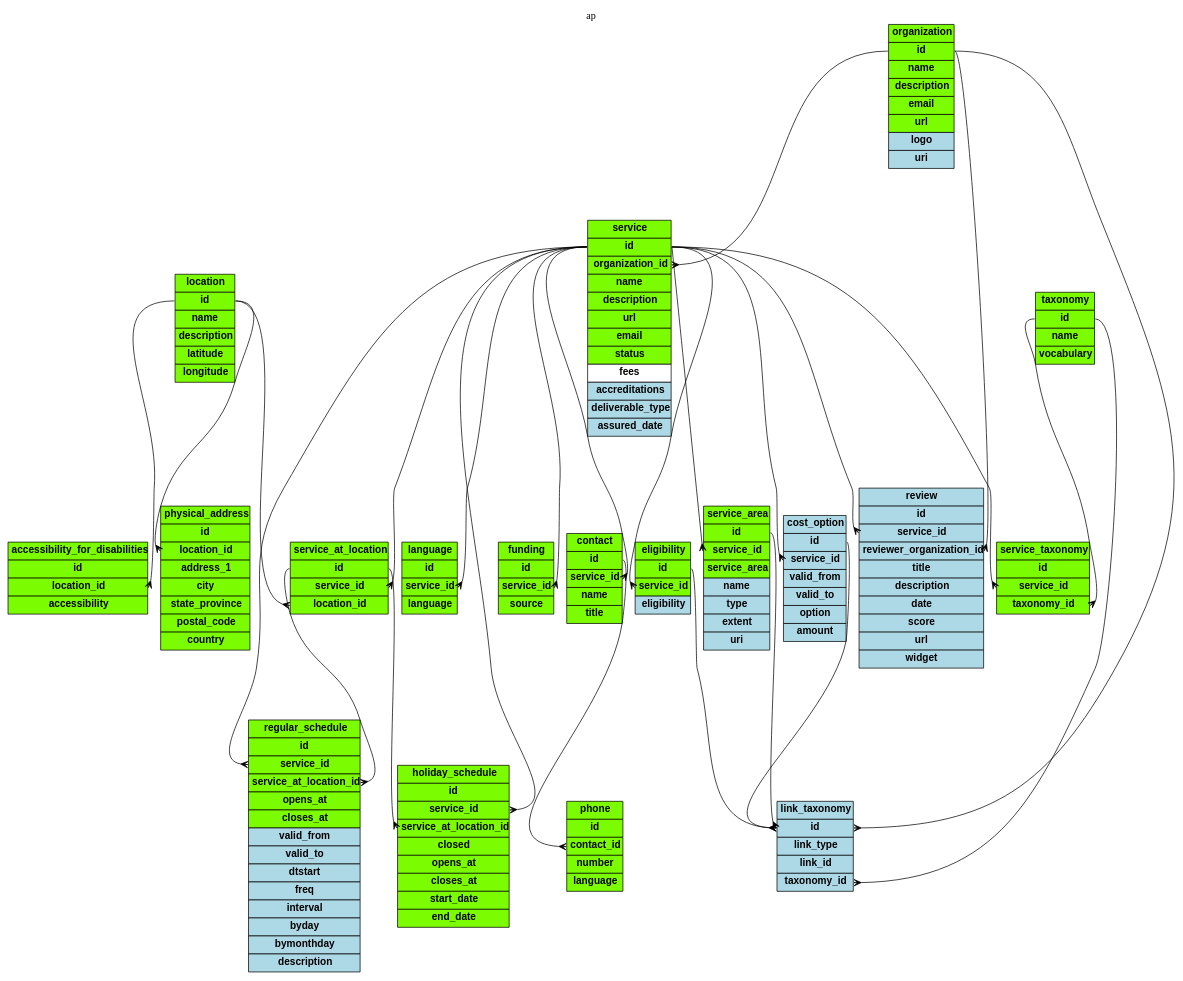
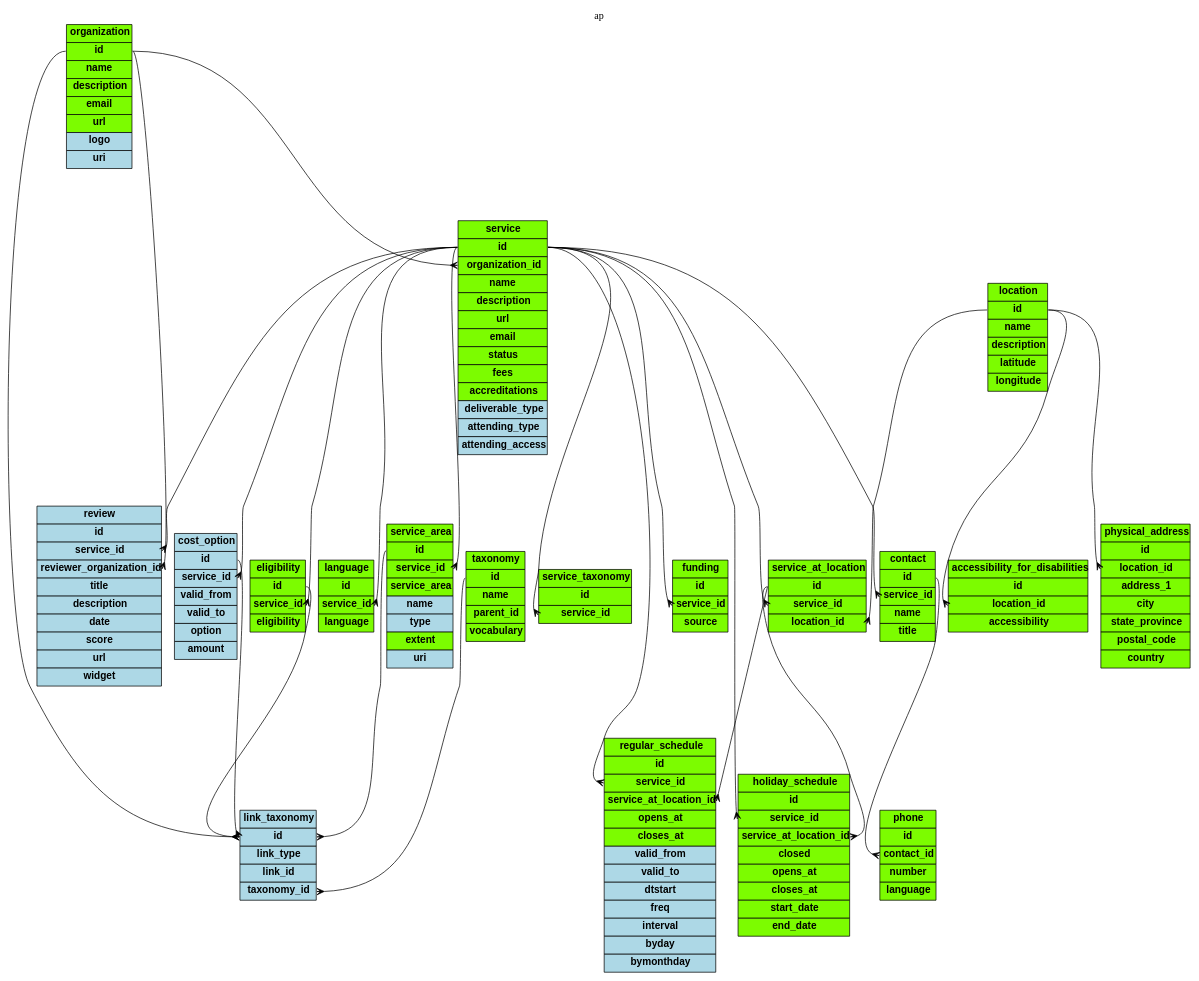
The diagram in Schemas/ap.gv (OpenReferralUK/human-services), drawn with Graphviz before and after one commit. The commit also changed 38 other files, not shown here.

```diff
--- a/Schemas/ap.gv
+++ b/Schemas/ap.gv
@@ -36,10 +36,11 @@
 <tr><td  bgcolor="lawngreen"><b>url</b></td></tr>
 <tr><td  bgcolor="lawngreen"><b>email</b></td></tr>
 <tr><td  bgcolor="lawngreen"><b>status</b></td></tr>
-<tr><td  bgcolor="white"><b>fees</b></td></tr>
-<tr><td  bgcolor="lightblue"><b>accreditations</b></td></tr>
+<tr><td  bgcolor="lawngreen"><b>fees</b></td></tr>
+<tr><td  bgcolor="lawngreen"><b>accreditations</b></td></tr>
 <tr><td  bgcolor="lightblue"><b>deliverable_type</b></td></tr>
-<tr><td  bgcolor="lightblue"><b>assured_date</b></td></tr>
+<tr><td  bgcolor="lightblue"><b>attending_type</b></td></tr>
+<tr><td  bgcolor="lightblue"><b>attending_access</b></td></tr>
 </table>
 >]
 
@@ -51,12 +52,10 @@
 <tr><td bgcolor="lawngreen"><b>service_taxonomy</b></td></tr>
 <tr><td port='id'  bgcolor="lawngreen"><b>id</b></td></tr>
 <tr><td port='service_id'  bgcolor="lawngreen"><b>service_id</b></td></tr>
-<tr><td port='taxonomy_id'  bgcolor="lawngreen"><b>taxonomy_id</b></td></tr>
 </table>
 >]
 
 service:id -> service_taxonomy:service_id;
-taxonomy:id -> service_taxonomy:taxonomy_id;
 
 
 service_at_location [label=<
@@ -142,7 +141,6 @@
 <tr><td  bgcolor="lightblue"><b>interval</b></td></tr>
 <tr><td  bgcolor="lightblue"><b>byday</b></td></tr>
 <tr><td  bgcolor="lightblue"><b>bymonthday</b></td></tr>
-<tr><td  bgcolor="lightblue"><b>description</b></td></tr>
 </table>
 >]
 
@@ -185,7 +183,7 @@
 <tr><td bgcolor="lawngreen"><b>eligibility</b></td></tr>
 <tr><td port='id'  bgcolor="lawngreen"><b>id</b></td></tr>
 <tr><td port='service_id'  bgcolor="lawngreen"><b>service_id</b></td></tr>
-<tr><td  bgcolor="lightblue"><b>eligibility</b></td></tr>
+<tr><td  bgcolor="lawngreen"><b>eligibility</b></td></tr>
 </table>
 >]
 
@@ -200,7 +198,7 @@
 <tr><td  bgcolor="lawngreen"><b>service_area</b></td></tr>
 <tr><td  bgcolor="lightblue"><b>name</b></td></tr>
 <tr><td  bgcolor="lightblue"><b>type</b></td></tr>
-<tr><td  bgcolor="lightblue"><b>extent</b></td></tr>
+<tr><td  bgcolor="lawngreen"><b>extent</b></td></tr>
 <tr><td  bgcolor="lightblue"><b>uri</b></td></tr>
 </table>
 >]
@@ -237,6 +235,7 @@
 <tr><td bgcolor="lawngreen"><b>taxonomy</b></td></tr>
 <tr><td port='id'  bgcolor="lawngreen"><b>id</b></td></tr>
 <tr><td  bgcolor="lawngreen"><b>name</b></td></tr>
+<tr><td  bgcolor="lawngreen"><b>parent_id</b></td></tr>
 <tr><td  bgcolor="lawngreen"><b>vocabulary</b></td></tr>
 </table>
 >]
```
